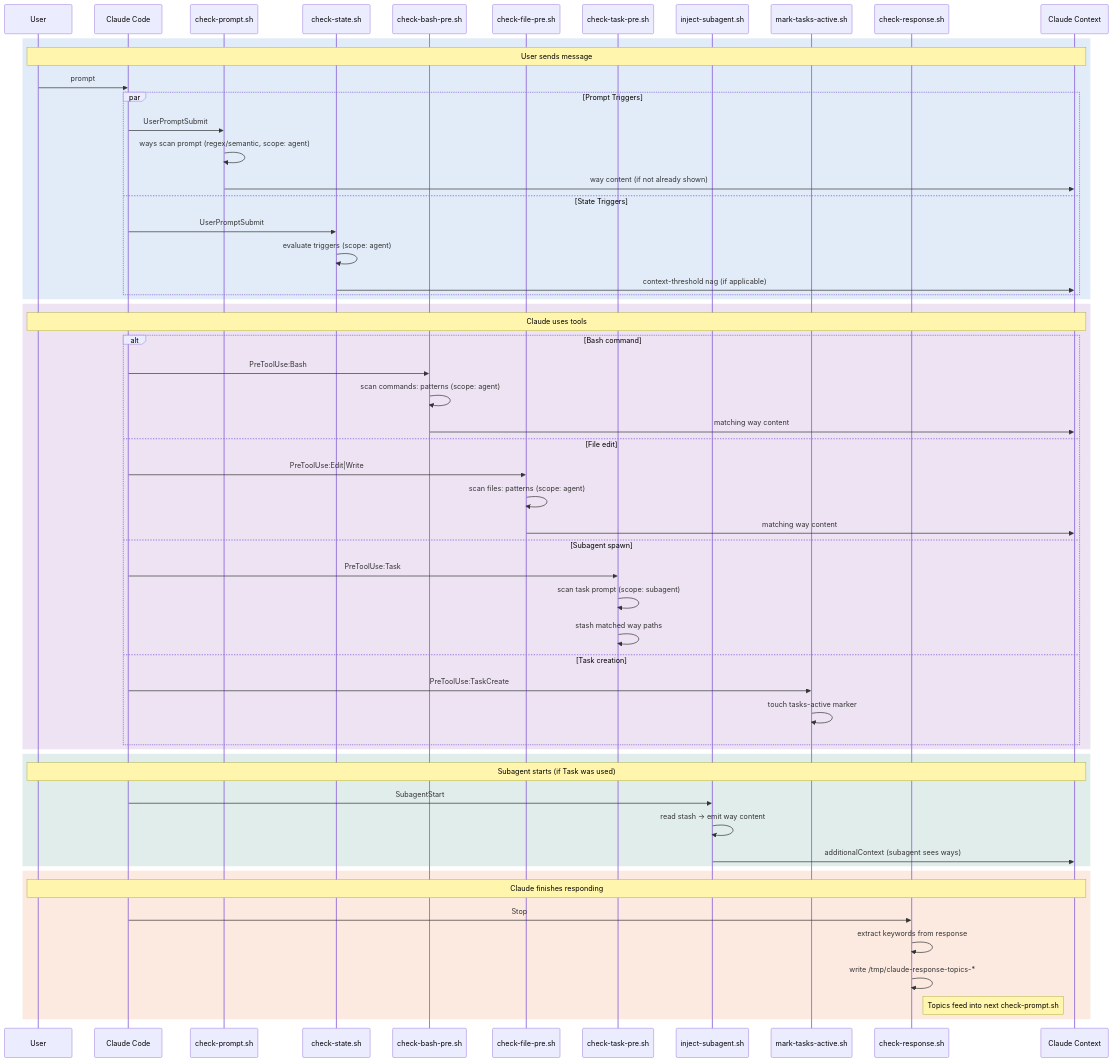
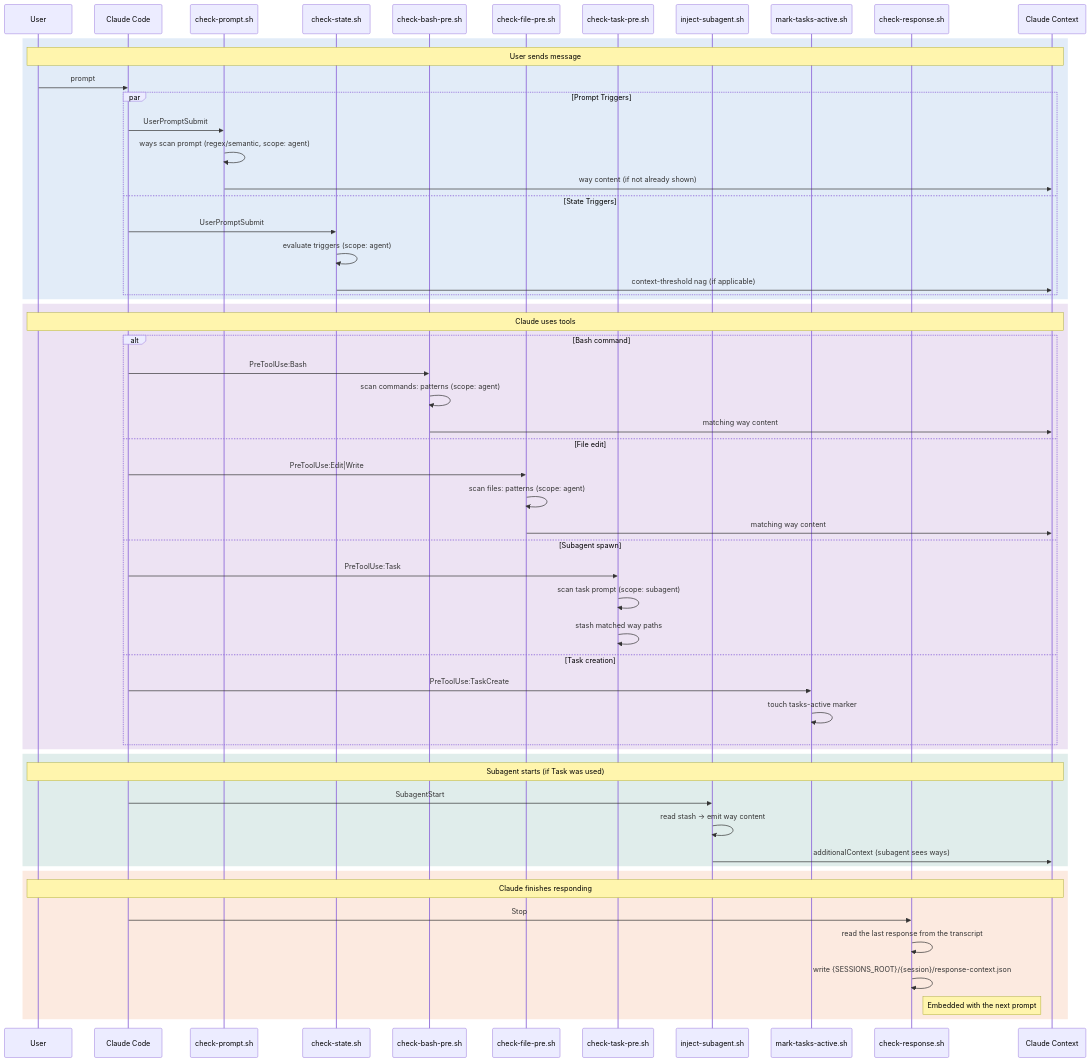
Before and after one commit to aaronsb/agent-ways: the fifth of 6 diagrams in docs/hooks-and-ways.md, drawn with Mermaid. The commit also changed other lines of this file and 51 other files, not shown here.

````diff
--- a/docs/hooks-and-ways.md
+++ b/docs/hooks-and-ways.md
@@ -369,63 +371,63 @@
 ```mermaid
 sequenceDiagram
     participant U as User
     participant CC as Claude Code
     participant CP as check-prompt.sh
     participant CS as check-state.sh
     participant CB as check-bash-pre.sh
     participant CF as check-file-pre.sh
     participant CT as check-task-pre.sh
     participant IS as inject-subagent.sh
     participant MA as mark-tasks-active.sh
     participant CR as check-response.sh
     participant Ctx as Claude Context
 
     rect rgba(21, 101, 192, 0.12)
         Note over U,Ctx: User sends message
         U->>CC: prompt
         par Prompt Triggers
             CC->>CP: UserPromptSubmit
             CP->>CP: ways scan prompt (regex/semantic, scope: agent)
             CP->>Ctx: way content (if not already shown)
         and State Triggers
             CC->>CS: UserPromptSubmit
             CS->>CS: evaluate triggers (scope: agent)
             CS->>Ctx: context-threshold nag (if applicable)
         end
     end
 
     rect rgba(106, 27, 154, 0.12)
         Note over U,Ctx: Claude uses tools
         alt Bash command
             CC->>CB: PreToolUse:Bash
             CB->>CB: scan commands: patterns (scope: agent)
             CB->>Ctx: matching way content
         else File edit
             CC->>CF: PreToolUse:Edit|Write
             CF->>CF: scan files: patterns (scope: agent)
             CF->>Ctx: matching way content
         else Subagent spawn
             CC->>CT: PreToolUse:Task
             CT->>CT: scan task prompt (scope: subagent)
             CT->>CT: stash matched way paths
         else Task creation
             CC->>MA: PreToolUse:TaskCreate
             MA->>MA: touch tasks-active marker
         end
     end
 
     rect rgba(0, 105, 92, 0.12)
         Note over U,Ctx: Subagent starts (if Task was used)
         CC->>IS: SubagentStart
         IS->>IS: read stash → emit way content
         IS->>Ctx: additionalContext (subagent sees ways)
     end
 
     rect rgba(230, 81, 0, 0.12)
         Note over U,Ctx: Claude finishes responding
         CC->>CR: Stop
-        CR->>CR: extract keywords from response
-        CR->>CR: write /tmp/claude-response-topics-*
-        Note right of CR: Topics feed into next check-prompt.sh
+        CR->>CR: read the last response from the transcript
+        CR->>CR: write {SESSIONS_ROOT}/{session}/response-context.json
+        Note right of CR: Embedded with the next prompt
     end
 ```
````
